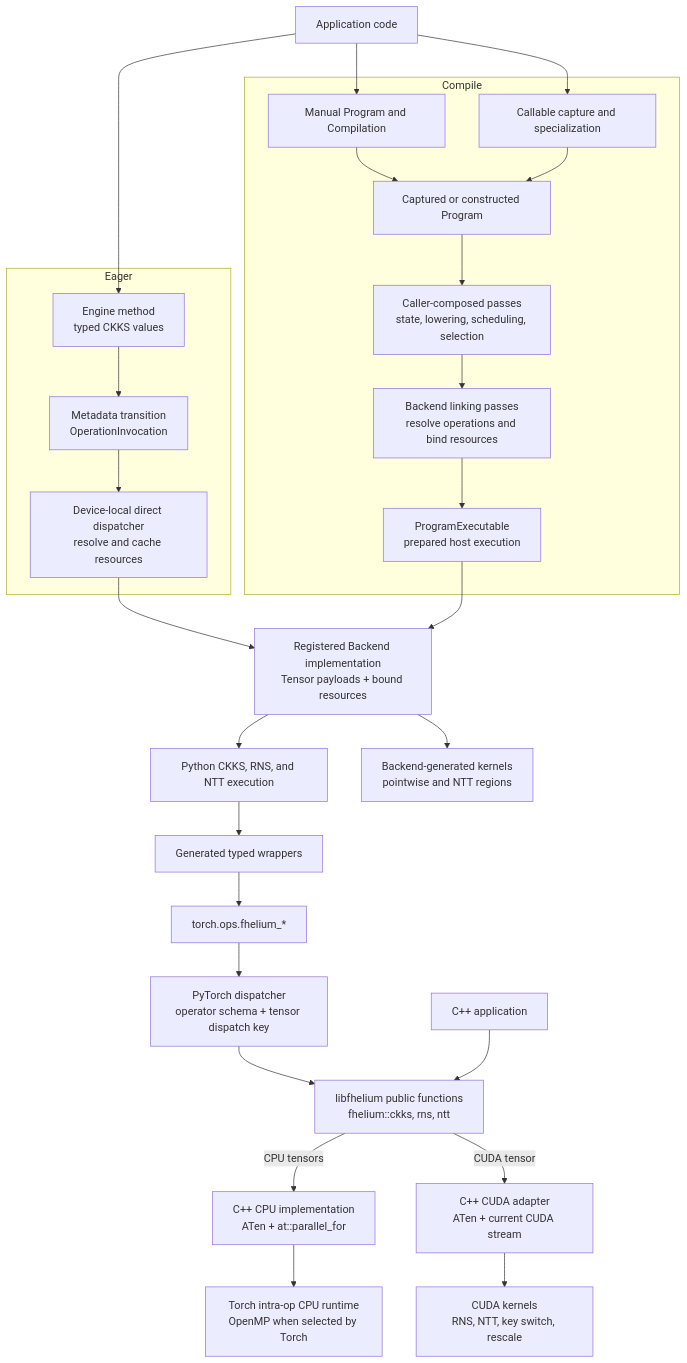
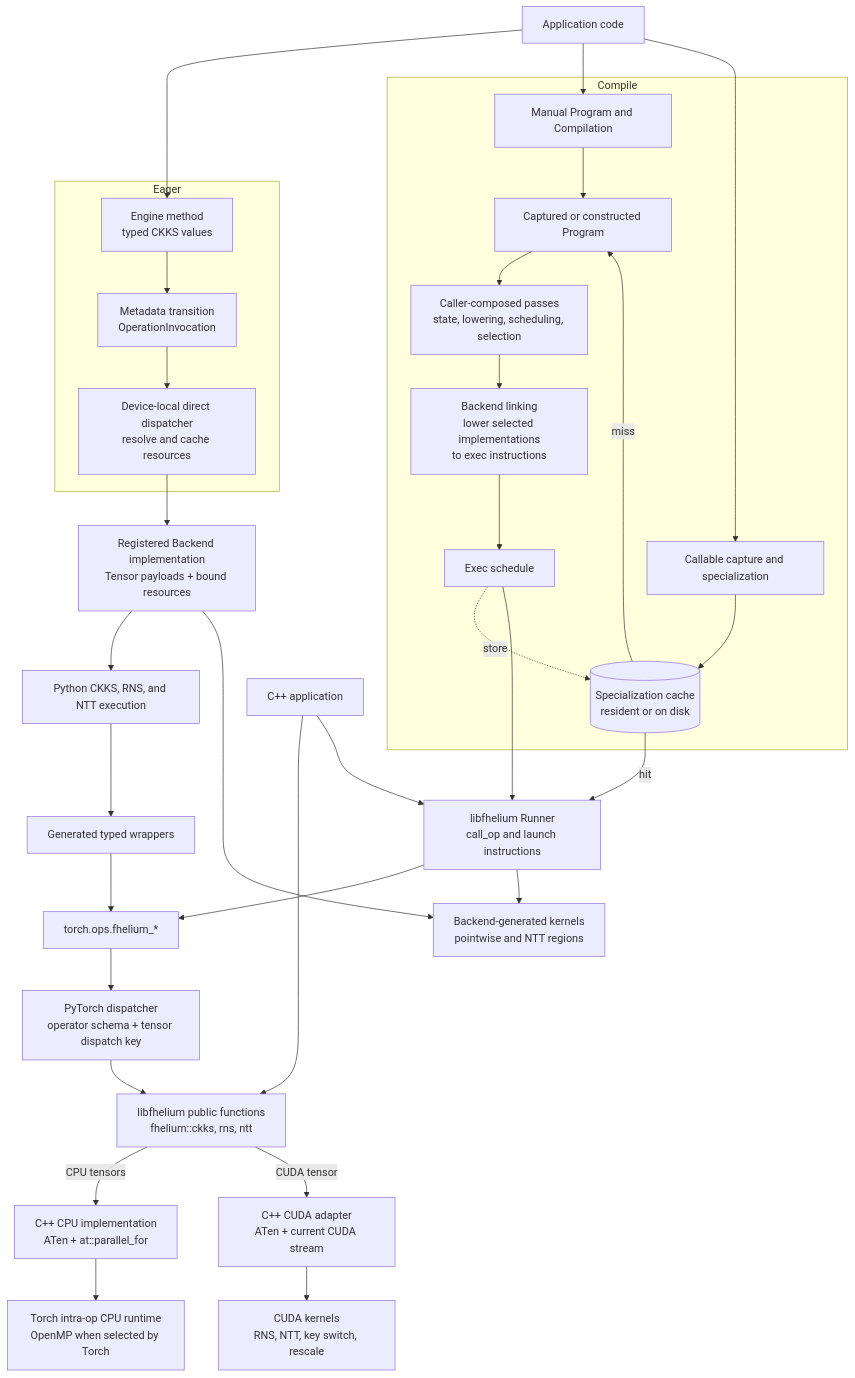
One commit to visualDust/fhelium changed the first of 4 diagrams in docs/developer/engine-native-stack.md. Above: the diagram before and after it, drawn with Mermaid. The commit also changed other lines of this file and 475 other files, not shown here.

````diff
--- a/docs/developer/engine-native-stack.md
+++ b/docs/developer/engine-native-stack.md
@@ -7,43 +7,52 @@
 ```mermaid
 graph TB
     APP[Application code]
     subgraph Eager
         ENGINE[Engine method<br/>typed CKKS values]
         ECALL[Metadata transition<br/>OperationInvocation]
         EDISP[Device-local direct dispatcher<br/>resolve and cache resources]
         ENGINE --> ECALL --> EDISP
     end
     subgraph Compile
         MANUAL[Manual Program and Compilation]
         CALLABLE[Callable capture and specialization]
+        CACHE[(Specialization cache<br/>resident or on disk)]
         INPUT[Captured or constructed Program]
+        PASSES[Caller-composed passes<br/>state, lowering, scheduling, selection]
+        LINK[Backend linking<br/>lower selected implementations<br/>to exec instructions]
+        EXEC[Exec schedule]
+        CALLABLE --> CACHE
+        CACHE -->|miss| INPUT
         MANUAL --> INPUT
-        CALLABLE --> INPUT
-        PASSES[Caller-composed passes<br/>state, lowering, scheduling, selection]
-        LINK[Backend linking passes<br/>resolve operations and bind resources]
-        EXEC[ProgramExecutable<br/>prepared host execution]
         INPUT --> PASSES --> LINK --> EXEC
+        EXEC -. store .-> CACHE
     end
     IMPL[Registered Backend implementation<br/>Tensor payloads + bound resources]
     PYALG[Python CKKS, RNS, and NTT execution]
     WRAP[Generated typed wrappers]
+    RUNNER[libfhelium Runner<br/>call_op and launch instructions]
     OPS[torch.ops.fhelium_*]
     DISP[PyTorch dispatcher<br/>operator schema + tensor dispatch key]
+    GENERATED[Backend-generated kernels<br/>pointwise and NTT regions]
     CXXAPP[C++ application]
     LIB[libfhelium public functions<br/>fhelium::ckks, rns, ntt]
     CPU[C++ CPU implementation<br/>ATen + at::parallel_for]
     GPU[C++ CUDA adapter<br/>ATen + current CUDA stream]
     OMP[Torch intra-op CPU runtime<br/>OpenMP when selected by Torch]
     CUDA[CUDA kernels<br/>RNS, NTT, key switch, rescale]
 
     APP --> ENGINE
     APP --> MANUAL
     APP --> CALLABLE
     EDISP --> IMPL
-    EXEC --> IMPL
     IMPL --> PYALG --> WRAP --> OPS --> DISP --> LIB
-    IMPL --> GENERATED[Backend-generated kernels<br/>pointwise and NTT regions]
+    IMPL --> GENERATED
+    CACHE -->|hit| RUNNER
+    EXEC --> RUNNER
+    RUNNER --> OPS
+    RUNNER --> GENERATED
     CXXAPP --> LIB
+    CXXAPP --> RUNNER
     LIB -->|CPU tensors| CPU --> OMP
     LIB -->|CUDA tensor| GPU --> CUDA
 ```
````
